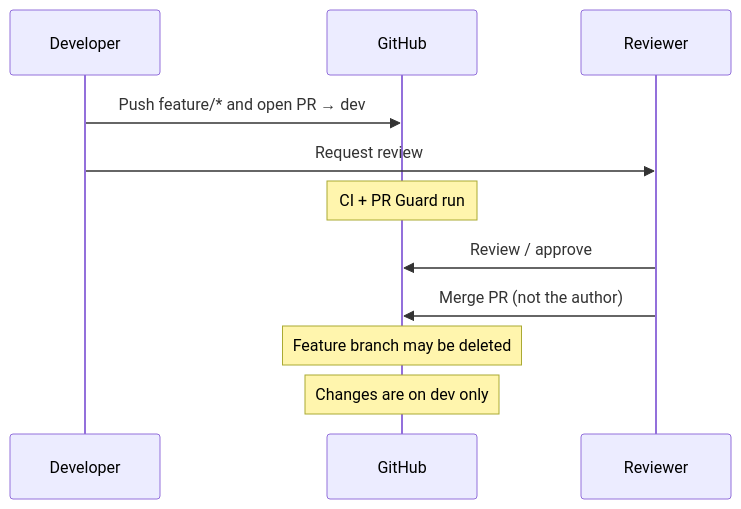
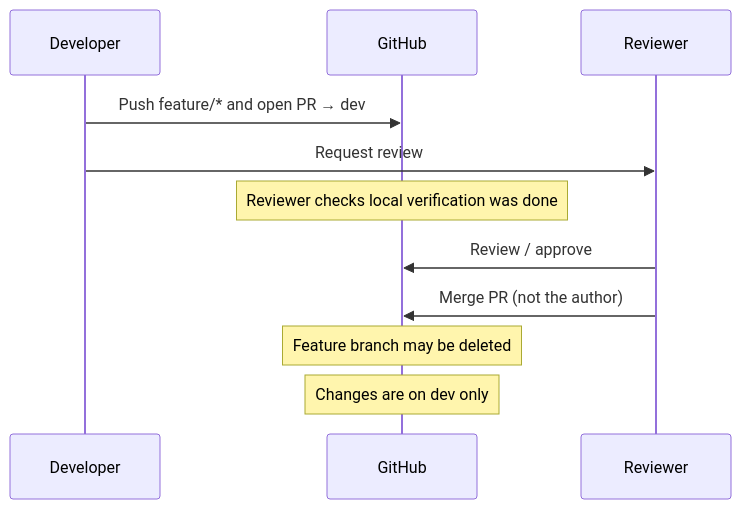
Before and after one commit to mansourhaa/matchyplus-site-test-front-end: the second of 3 diagrams in doc/setup/pr-and-merge-flow.md, drawn with Mermaid. The commit also changed other lines of this file and 13 other files, not shown here.

First line of the commit message:
chore: remove GitHub Actions; rely on local checks

````diff
--- a/doc/setup/pr-and-merge-flow.md
+++ b/doc/setup/pr-and-merge-flow.md
@@ -82,14 +82,14 @@
 ```mermaid
 sequenceDiagram
   participant Dev as Developer
   participant GH as GitHub
   participant Rev as Reviewer
 
   Dev->>GH: Push feature/* and open PR → dev
   Dev->>Rev: Request review
-  Note over GH: CI + PR Guard run
+  Note over GH: Reviewer checks local verification was done
   Rev->>GH: Review / approve
   Rev->>GH: Merge PR (not the author)
   Note over GH: Feature branch may be deleted
   Note over GH: Changes are on dev only
 ```
````
